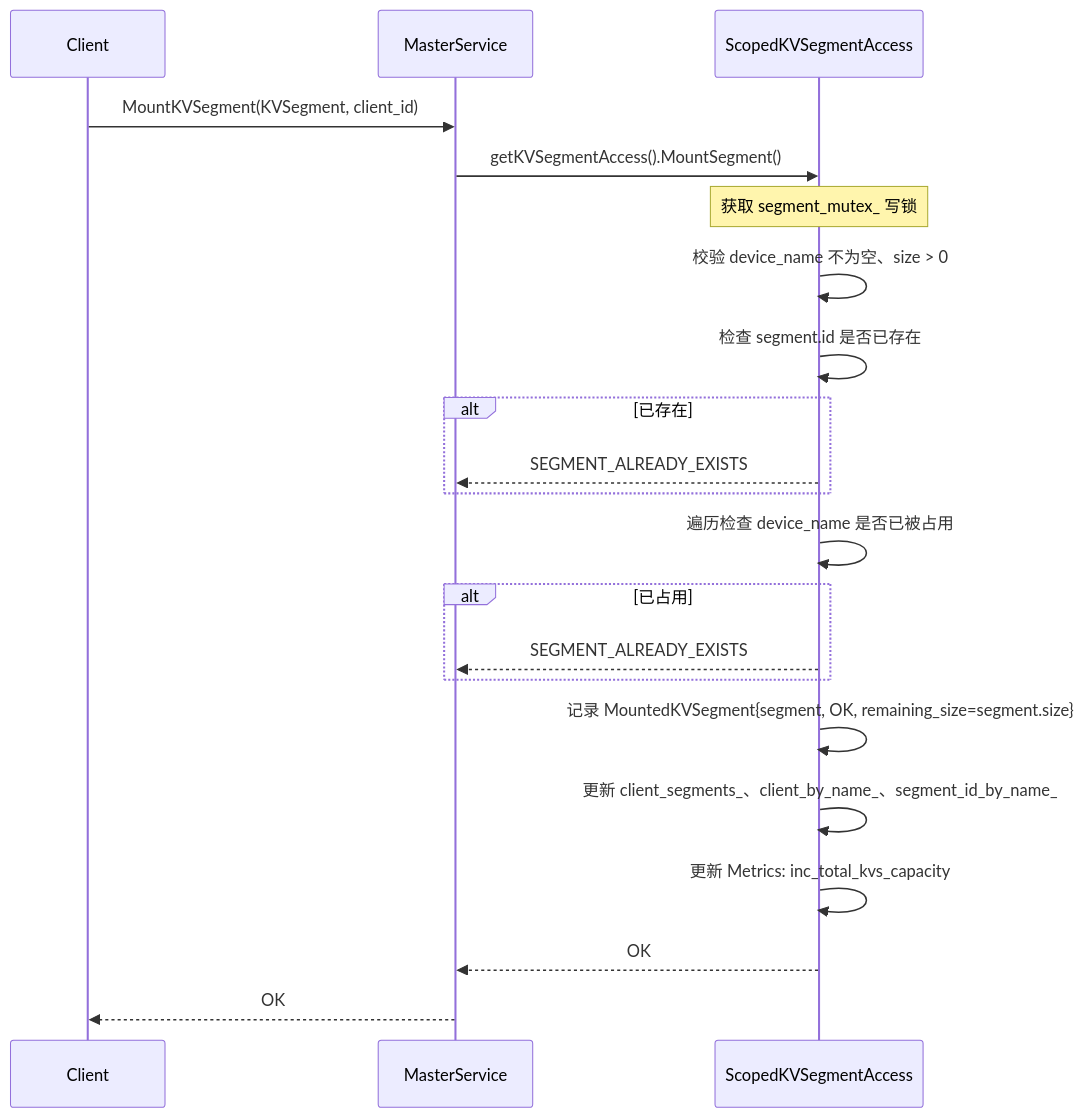
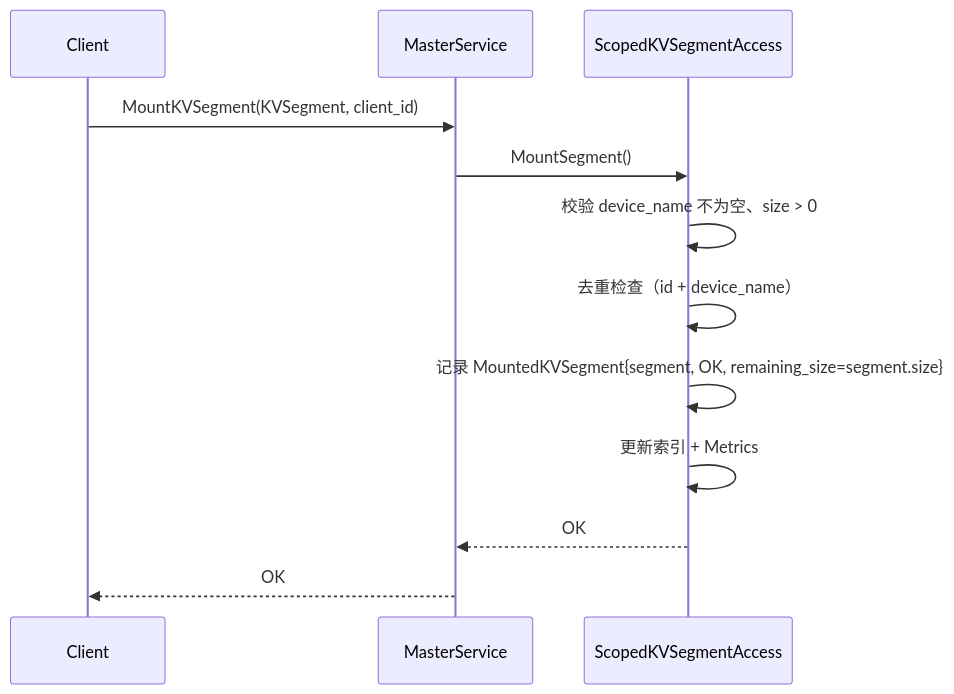
One commit to yz53665/Mooncake changed the sixth of 12 diagrams in mooncake-store/docs/KVUSegment_design.md. Above: the diagram before and after it, drawn with Mermaid. The commit also changed other lines of this file, not shown here.

````diff
--- a/mooncake-store/docs/KVUSegment_design.md
+++ b/mooncake-store/docs/KVUSegment_design.md
@@ -221,27 +239,15 @@
 ```mermaid
 sequenceDiagram
     participant Client
     participant MS as MasterService
     participant SA as ScopedKVSegmentAccess
 
     Client->>MS: MountKVSegment(KVSegment, client_id)
-    MS->>SA: getKVSegmentAccess().MountSegment()
-    Note over SA: 获取 segment_mutex_ 写锁
-
+    MS->>SA: MountSegment()
     SA->>SA: 校验 device_name 不为空、size > 0
-    SA->>SA: 检查 segment.id 是否已存在
-    alt 已存在
-        SA-->>MS: SEGMENT_ALREADY_EXISTS
-    end
-    SA->>SA: 遍历检查 device_name 是否已被占用
-    alt 已占用
-        SA-->>MS: SEGMENT_ALREADY_EXISTS
-    end
-
+    SA->>SA: 去重检查（id + device_name）
     SA->>SA: 记录 MountedKVSegment{segment, OK, remaining_size=segment.size}
-    SA->>SA: 更新 client_segments_、client_by_name_、segment_id_by_name_
-    SA->>SA: 更新 Metrics: inc_total_kvs_capacity
-
+    SA->>SA: 更新索引 + Metrics
     SA-->>MS: OK
     MS-->>Client: OK
 ```
````
